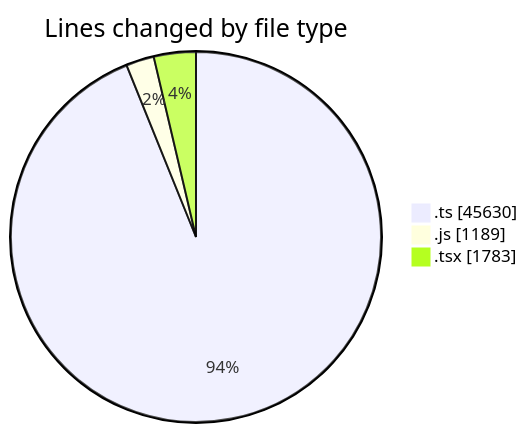
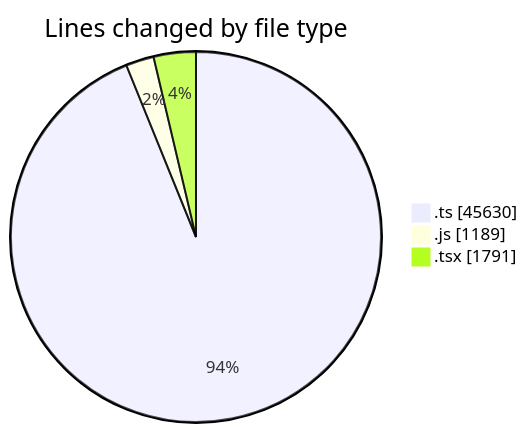
One commit to momahboobian/code-tracking changed the first of 2 diagrams in 2026-11-03/cda/README.md. Above: the diagram before and after it, drawn with Mermaid. The commit also changed other lines of this file and 1 other file, not shown here.

````diff
--- a/2026-11-03/cda/README.md
+++ b/2026-11-03/cda/README.md
@@ -44,7 +44,7 @@
 ```mermaid
 pie showData
 title Lines changed by file type
 ".ts" : 45630
 ".js" : 1189
-".tsx" : 1783
+".tsx" : 1791
 ```
````
